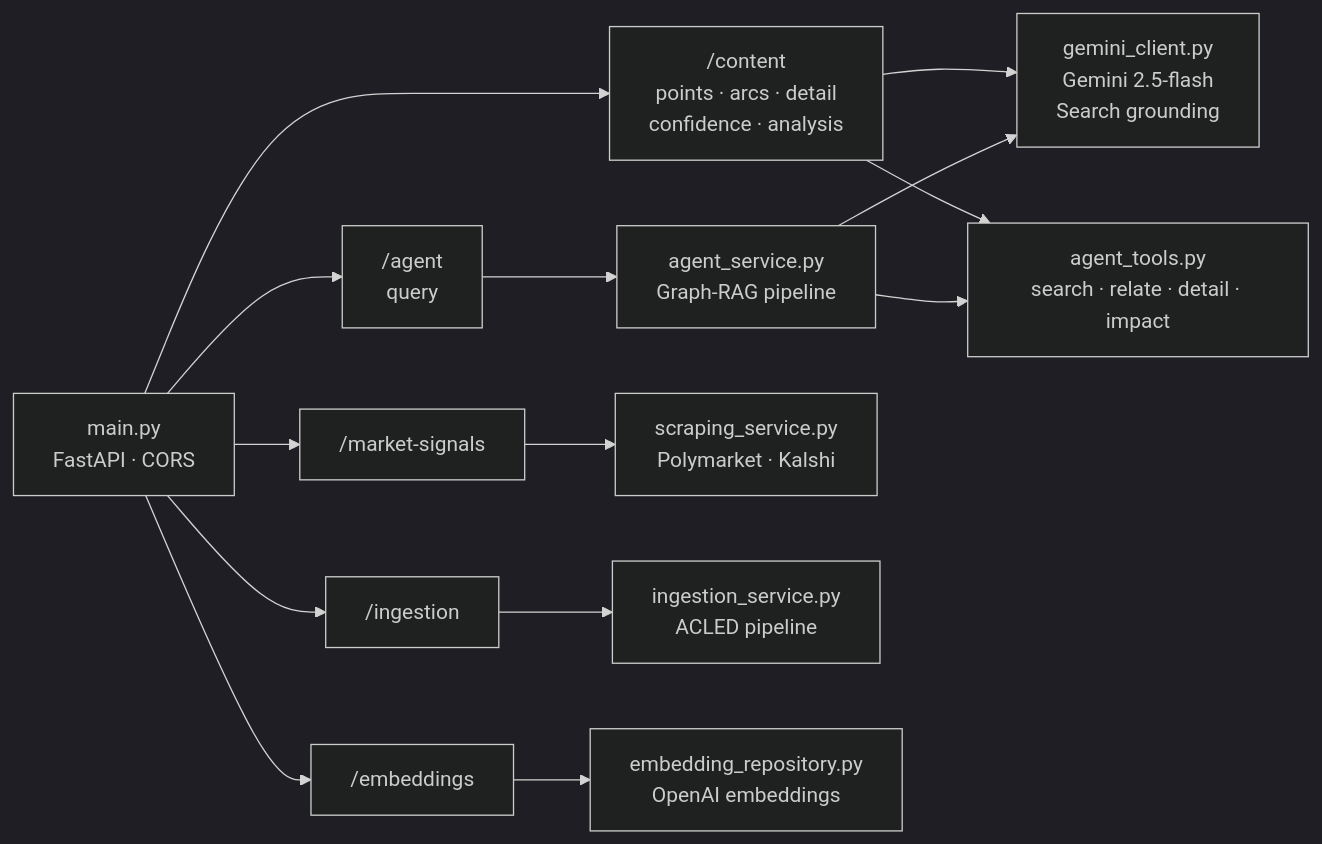
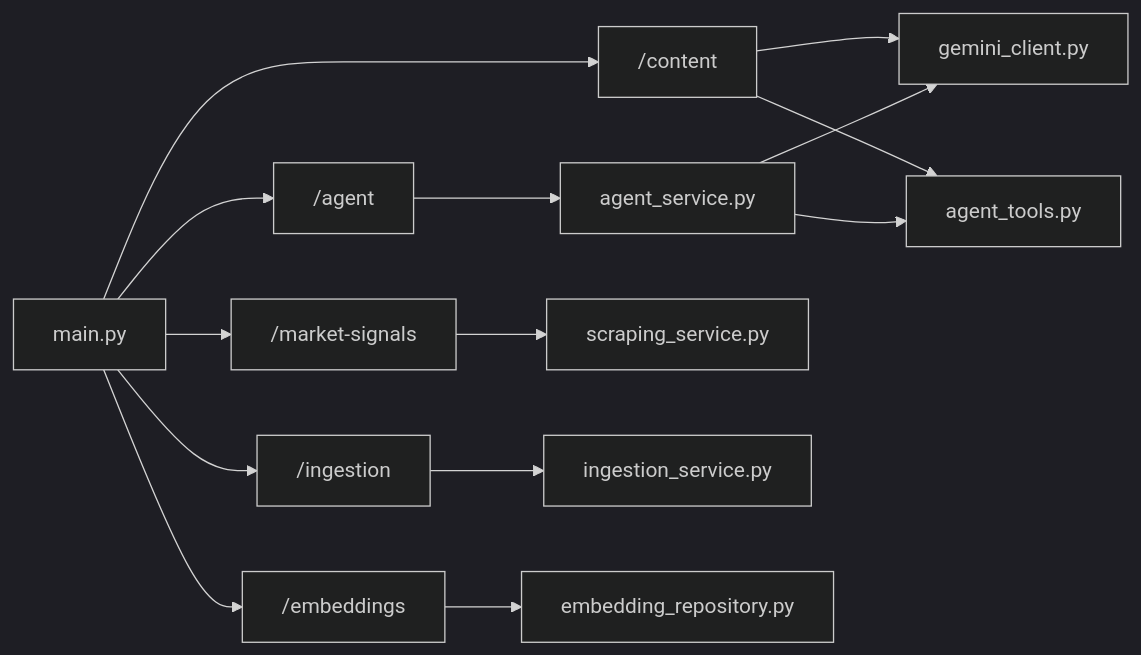
Before and after one commit to ryanzhou147/argus: the second of 4 diagrams in README.md, drawn with Mermaid (dark theme). The commit also changed other lines of this file, not shown here.

Commit message:
chore: mermaid diagram update

````diff
--- a/README.md
+++ b/README.md
@@ -29,17 +29,17 @@
 ```mermaid
 flowchart LR
-    Main["main.py\nFastAPI · CORS"] --> Content["/content\npoints · arcs · detail\nconfidence · analysis"]
-    Main --> AgentRouter["/agent\nquery"]
+    Main["main.py"] --> Content["/content"]
+    Main --> AgentRouter["/agent"]
     Main --> Market["/market-signals"]
     Main --> Ingest["/ingestion"]
     Main --> Embed["/embeddings"]
 
-    Content --> GeminiClient["gemini_client.py\nGemini 2.5-flash\nSearch grounding"]
-    Content --> AgentTools["agent_tools.py\nsearch · relate · detail · impact"]
-    AgentRouter --> AgentSvc["agent_service.py\nGraph-RAG pipeline"]
+    Content --> GeminiClient["gemini_client.py"]
+    Content --> AgentTools["agent_tools.py"]
+    AgentRouter --> AgentSvc["agent_service.py"]
     AgentSvc --> GeminiClient
     AgentSvc --> AgentTools
-    Market --> ScrapeSvc["scraping_service.py\nPolymarket · Kalshi"]
-    Ingest --> IngestSvc["ingestion_service.py\nACLED pipeline"]
-    Embed --> EmbedRepo["embedding_repository.py\nOpenAI embeddings"]
+    Market --> ScrapeSvc["scraping_service.py"]
+    Ingest --> IngestSvc["ingestion_service.py"]
+    Embed --> EmbedRepo["embedding_repository.py"]
 ```
````
